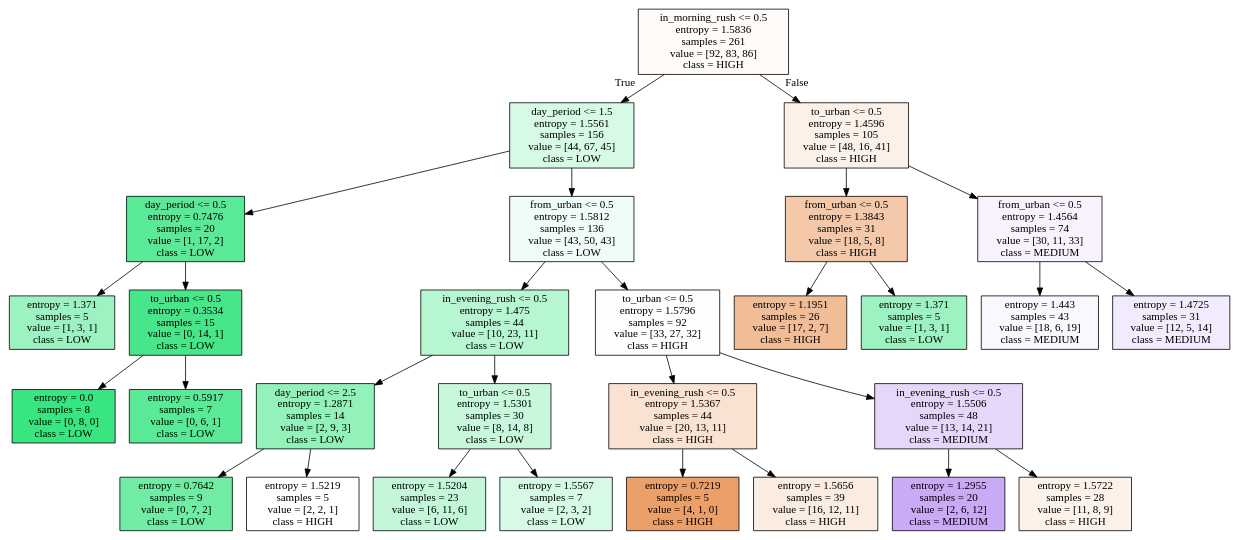
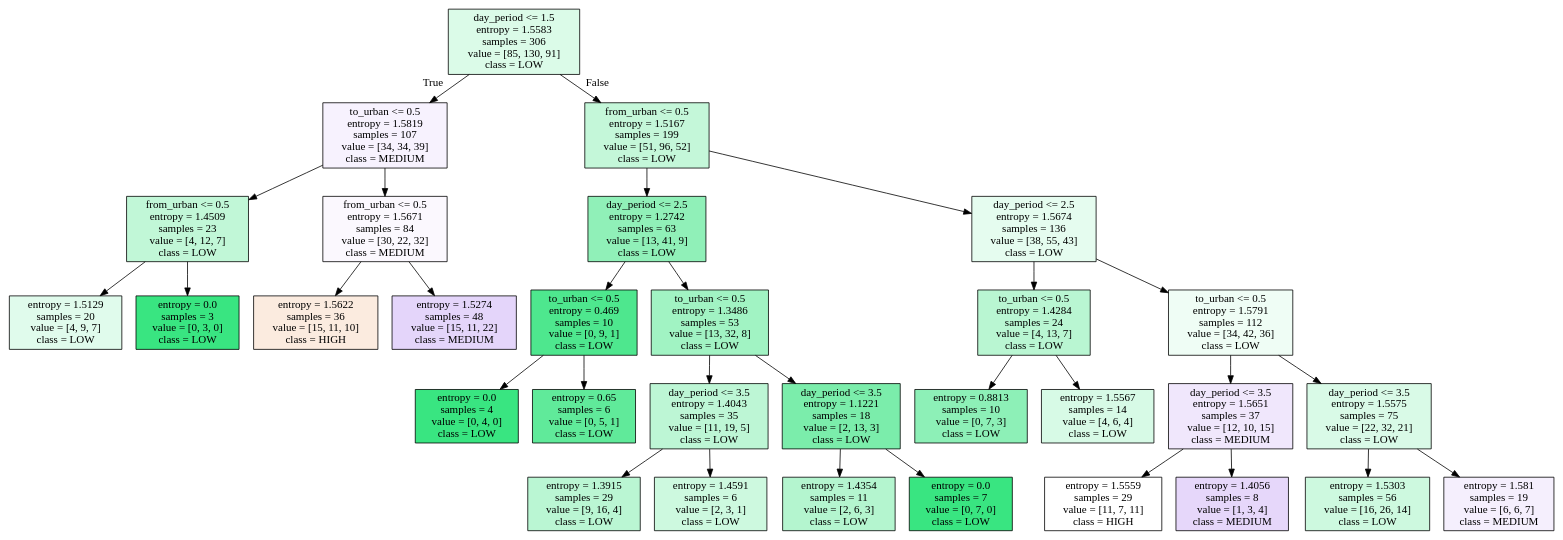
One commit to alexdaube/BelgianTrainsOccupancy changed the diagram in iris.dot. Above: the diagram before and after it, drawn with Graphviz. The commit also changed 4 other files, not shown here.

```diff
--- a/iris.dot
+++ b/iris.dot
@@ -1,60 +1,64 @@
 digraph Tree {
 node [shape=box, style="filled", color="black"] ;
-0 [label="in_morning_rush <= 0.5\nentropy = 1.5836\nsamples = 261\nvalue = [92, 83, 86]\nclass = HIGH", fillcolor="#e5813909"] ;
-1 [label="day_period <= 1.5\nentropy = 1.5561\nsamples = 156\nvalue = [44, 67, 45]\nclass = LOW", fillcolor="#39e58133"] ;
+0 [label="day_period <= 1.5\nentropy = 1.5583\nsamples = 306\nvalue = [85, 130, 91]\nclass = LOW", fillcolor="#39e5812e"] ;
+1 [label="to_urban <= 0.5\nentropy = 1.5819\nsamples = 107\nvalue = [34, 34, 39]\nclass = MEDIUM", fillcolor="#8139e511"] ;
 0 -> 1 [labeldistance=2.5, labelangle=45, headlabel="True"] ;
-2 [label="day_period <= 0.5\nentropy = 0.7476\nsamples = 20\nvalue = [1, 17, 2]\nclass = LOW", fillcolor="#39e581d4"] ;
+2 [label="from_urban <= 0.5\nentropy = 1.4509\nsamples = 23\nvalue = [4, 12, 7]\nclass = LOW", fillcolor="#39e58150"] ;
 1 -> 2 ;
-3 [label="entropy = 1.371\nsamples = 5\nvalue = [1, 3, 1]\nclass = LOW", fillcolor="#39e5817f"] ;
+3 [label="entropy = 1.5129\nsamples = 20\nvalue = [4, 9, 7]\nclass = LOW", fillcolor="#39e58127"] ;
 2 -> 3 ;
-4 [label="to_urban <= 0.5\nentropy = 0.3534\nsamples = 15\nvalue = [0, 14, 1]\nclass = LOW", fillcolor="#39e581ed"] ;
+4 [label="entropy = 0.0\nsamples = 3\nvalue = [0, 3, 0]\nclass = LOW", fillcolor="#39e581ff"] ;
 2 -> 4 ;
-5 [label="entropy = 0.0\nsamples = 8\nvalue = [0, 8, 0]\nclass = LOW", fillcolor="#39e581ff"] ;
-4 -> 5 ;
-6 [label="entropy = 0.5917\nsamples = 7\nvalue = [0, 6, 1]\nclass = LOW", fillcolor="#39e581d4"] ;
-4 -> 6 ;
-7 [label="from_urban <= 0.5\nentropy = 1.5812\nsamples = 136\nvalue = [43, 50, 43]\nclass = LOW", fillcolor="#39e58113"] ;
-1 -> 7 ;
-8 [label="in_evening_rush <= 0.5\nentropy = 1.475\nsamples = 44\nvalue = [10, 23, 11]\nclass = LOW", fillcolor="#39e5815d"] ;
-7 -> 8 ;
-9 [label="day_period <= 2.5\nentropy = 1.2871\nsamples = 14\nvalue = [2, 9, 3]\nclass = LOW", fillcolor="#39e5818b"] ;
+5 [label="from_urban <= 0.5\nentropy = 1.5671\nsamples = 84\nvalue = [30, 22, 32]\nclass = MEDIUM", fillcolor="#8139e509"] ;
+1 -> 5 ;
+6 [label="entropy = 1.5622\nsamples = 36\nvalue = [15, 11, 10]\nclass = HIGH", fillcolor="#e5813929"] ;
+5 -> 6 ;
+7 [label="entropy = 1.5274\nsamples = 48\nvalue = [15, 11, 22]\nclass = MEDIUM", fillcolor="#8139e536"] ;
+5 -> 7 ;
+8 [label="from_urban <= 0.5\nentropy = 1.5167\nsamples = 199\nvalue = [51, 96, 52]\nclass = LOW", fillcolor="#39e5814c"] ;
+0 -> 8 [labeldistance=2.5, labelangle=-45, headlabel="False"] ;
+9 [label="day_period <= 2.5\nentropy = 1.2742\nsamples = 63\nvalue = [13, 41, 9]\nclass = LOW", fillcolor="#39e5818f"] ;
 8 -> 9 ;
-10 [label="entropy = 0.7642\nsamples = 9\nvalue = [0, 7, 2]\nclass = LOW", fillcolor="#39e581b6"] ;
+10 [label="to_urban <= 0.5\nentropy = 0.469\nsamples = 10\nvalue = [0, 9, 1]\nclass = LOW", fillcolor="#39e581e3"] ;
 9 -> 10 ;
-11 [label="entropy = 1.5219\nsamples = 5\nvalue = [2, 2, 1]\nclass = HIGH", fillcolor="#e5813900"] ;
-9 -> 11 ;
-12 [label="to_urban <= 0.5\nentropy = 1.5301\nsamples = 30\nvalue = [8, 14, 8]\nclass = LOW", fillcolor="#39e58146"] ;
-8 -> 12 ;
-13 [label="entropy = 1.5204\nsamples = 23\nvalue = [6, 11, 6]\nclass = LOW", fillcolor="#39e5814b"] ;
-12 -> 13 ;
-14 [label="entropy = 1.5567\nsamples = 7\nvalue = [2, 3, 2]\nclass = LOW", fillcolor="#39e58133"] ;
-12 -> 14 ;
-15 [label="to_urban <= 0.5\nentropy = 1.5796\nsamples = 92\nvalue = [33, 27, 32]\nclass = HIGH", fillcolor="#e5813904"] ;
-7 -> 15 ;
-16 [label="in_evening_rush <= 0.5\nentropy = 1.5367\nsamples = 44\nvalue = [20, 13, 11]\nclass = HIGH", fillcolor="#e581393a"] ;
-15 -> 16 ;
-17 [label="entropy = 0.7219\nsamples = 5\nvalue = [4, 1, 0]\nclass = HIGH", fillcolor="#e58139bf"] ;
-16 -> 17 ;
-18 [label="entropy = 1.5656\nsamples = 39\nvalue = [16, 12, 11]\nclass = HIGH", fillcolor="#e5813926"] ;
-16 -> 18 ;
-19 [label="in_evening_rush <= 0.5\nentropy = 1.5506\nsamples = 48\nvalue = [13, 14, 21]\nclass = MEDIUM", fillcolor="#8139e534"] ;
-15 -> 19 ;
-20 [label="entropy = 1.2955\nsamples = 20\nvalue = [2, 6, 12]\nclass = MEDIUM", fillcolor="#8139e56d"] ;
-19 -> 20 ;
-21 [label="entropy = 1.5722\nsamples = 28\nvalue = [11, 8, 9]\nclass = HIGH", fillcolor="#e581391b"] ;
-19 -> 21 ;
-22 [label="to_urban <= 0.5\nentropy = 1.4596\nsamples = 105\nvalue = [48, 16, 41]\nclass = HIGH", fillcolor="#e581391c"] ;
-0 -> 22 [labeldistance=2.5, labelangle=-45, headlabel="False"] ;
-23 [label="from_urban <= 0.5\nentropy = 1.3843\nsamples = 31\nvalue = [18, 5, 8]\nclass = HIGH", fillcolor="#e581396f"] ;
-22 -> 23 ;
-24 [label="entropy = 1.1951\nsamples = 26\nvalue = [17, 2, 7]\nclass = HIGH", fillcolor="#e5813986"] ;
-23 -> 24 ;
-25 [label="entropy = 1.371\nsamples = 5\nvalue = [1, 3, 1]\nclass = LOW", fillcolor="#39e5817f"] ;
-23 -> 25 ;
-26 [label="from_urban <= 0.5\nentropy = 1.4564\nsamples = 74\nvalue = [30, 11, 33]\nclass = MEDIUM", fillcolor="#8139e511"] ;
-22 -> 26 ;
-27 [label="entropy = 1.443\nsamples = 43\nvalue = [18, 6, 19]\nclass = MEDIUM", fillcolor="#8139e50a"] ;
-26 -> 27 ;
-28 [label="entropy = 1.4725\nsamples = 31\nvalue = [12, 5, 14]\nclass = MEDIUM", fillcolor="#8139e51b"] ;
-26 -> 28 ;
+11 [label="entropy = 0.0\nsamples = 4\nvalue = [0, 4, 0]\nclass = LOW", fillcolor="#39e581ff"] ;
+10 -> 11 ;
+12 [label="entropy = 0.65\nsamples = 6\nvalue = [0, 5, 1]\nclass = LOW", fillcolor="#39e581cc"] ;
+10 -> 12 ;
+13 [label="to_urban <= 0.5\nentropy = 1.3486\nsamples = 53\nvalue = [13, 32, 8]\nclass = LOW", fillcolor="#39e58179"] ;
+9 -> 13 ;
+14 [label="day_period <= 3.5\nentropy = 1.4043\nsamples = 35\nvalue = [11, 19, 5]\nclass = LOW", fillcolor="#39e58155"] ;
+13 -> 14 ;
+15 [label="entropy = 1.3915\nsamples = 29\nvalue = [9, 16, 4]\nclass = LOW", fillcolor="#39e58159"] ;
+14 -> 15 ;
+16 [label="entropy = 1.4591\nsamples = 6\nvalue = [2, 3, 1]\nclass = LOW", fillcolor="#39e58140"] ;
+14 -> 16 ;
+17 [label="day_period <= 3.5\nentropy = 1.1221\nsamples = 18\nvalue = [2, 13, 3]\nclass = LOW", fillcolor="#39e581aa"] ;
+13 -> 17 ;
+18 [label="entropy = 1.4354\nsamples = 11\nvalue = [2, 6, 3]\nclass = LOW", fillcolor="#39e58160"] ;
+17 -> 18 ;
+19 [label="entropy = 0.0\nsamples = 7\nvalue = [0, 7, 0]\nclass = LOW", fillcolor="#39e581ff"] ;
+17 -> 19 ;
+20 [label="day_period <= 2.5\nentropy = 1.5674\nsamples = 136\nvalue = [38, 55, 43]\nclass = LOW", fillcolor="#39e58121"] ;
+8 -> 20 ;
+21 [label="to_urban <= 0.5\nentropy = 1.4284\nsamples = 24\nvalue = [4, 13, 7]\nclass = LOW", fillcolor="#39e5815a"] ;
+20 -> 21 ;
+22 [label="entropy = 0.8813\nsamples = 10\nvalue = [0, 7, 3]\nclass = LOW", fillcolor="#39e58192"] ;
+21 -> 22 ;
+23 [label="entropy = 1.5567\nsamples = 14\nvalue = [4, 6, 4]\nclass = LOW", fillcolor="#39e58133"] ;
+21 -> 23 ;
+24 [label="to_urban <= 0.5\nentropy = 1.5791\nsamples = 112\nvalue = [34, 42, 36]\nclass = LOW", fillcolor="#39e58114"] ;
+20 -> 24 ;
+25 [label="day_period <= 3.5\nentropy = 1.5651\nsamples = 37\nvalue = [12, 10, 15]\nclass = MEDIUM", fillcolor="#8139e51f"] ;
+24 -> 25 ;
+26 [label="entropy = 1.5559\nsamples = 29\nvalue = [11, 7, 11]\nclass = HIGH", fillcolor="#e5813900"] ;
+25 -> 26 ;
+27 [label="entropy = 1.4056\nsamples = 8\nvalue = [1, 3, 4]\nclass = MEDIUM", fillcolor="#8139e533"] ;
+25 -> 27 ;
+28 [label="day_period <= 3.5\nentropy = 1.5575\nsamples = 75\nvalue = [22, 32, 21]\nclass = LOW", fillcolor="#39e58130"] ;
+24 -> 28 ;
+29 [label="entropy = 1.5303\nsamples = 56\nvalue = [16, 26, 14]\nclass = LOW", fillcolor="#39e58140"] ;
+28 -> 29 ;
+30 [label="entropy = 1.581\nsamples = 19\nvalue = [6, 6, 7]\nclass = MEDIUM", fillcolor="#8139e514"] ;
+28 -> 30 ;
 }
```
